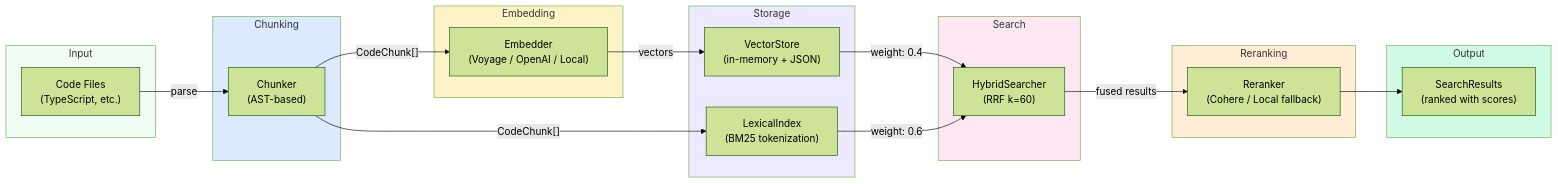
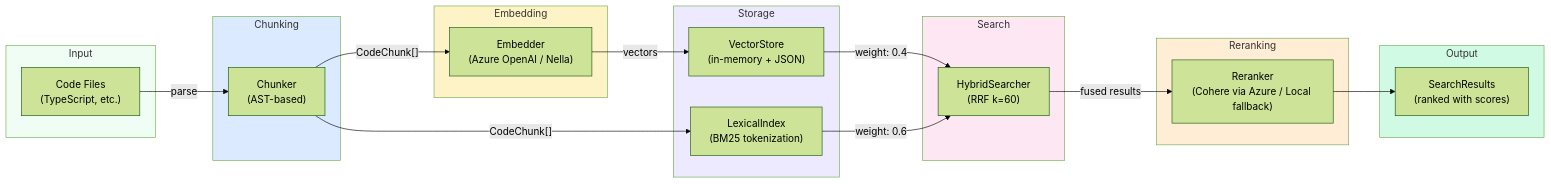
One commit to nella-labs/nella changed the first of 2 diagrams in docs/architecture/indexing-rag.md. Above: the diagram before and after it, drawn with Mermaid (forest theme). The commit also changed other lines of this file and 4 other files, not shown here.

First line of the commit message:
docs: fix architecture diagrams, types, and module references

````diff
--- a/docs/architecture/indexing-rag.md
+++ b/docs/architecture/indexing-rag.md
@@ -7,48 +7,48 @@
 ```mermaid
 graph LR
     subgraph input["Input"]
         Files["Code Files<br/>(TypeScript, etc.)"]
     end
 
     subgraph chunking["Chunking"]
         Chunker["Chunker<br/>(AST-based)"]
     end
 
     subgraph embedding["Embedding"]
-        Embedder["Embedder<br/>(Voyage / OpenAI / Local)"]
+        Embedder["Embedder<br/>(Azure OpenAI / Nella)"]
     end
 
     subgraph storage["Storage"]
         VectorStore["VectorStore<br/>(in-memory + JSON)"]
         LexicalIndex["LexicalIndex<br/>(BM25 tokenization)"]
     end
 
     subgraph search["Search"]
         HybridSearcher["HybridSearcher<br/>(RRF k=60)"]
     end
 
     subgraph rerank["Reranking"]
-        Reranker["Reranker<br/>(Cohere / Local fallback)"]
+        Reranker["Reranker<br/>(Cohere via Azure / Local fallback)"]
     end
 
     subgraph output["Output"]
         Results["SearchResults<br/>(ranked with scores)"]
     end
 
     Files -->|"parse"| Chunker
     Chunker -->|"CodeChunk[]"| Embedder
     Chunker -->|"CodeChunk[]"| LexicalIndex
     Embedder -->|"vectors"| VectorStore
     VectorStore -->|"weight: 0.4"| HybridSearcher
     LexicalIndex -->|"weight: 0.6"| HybridSearcher
     HybridSearcher -->|"fused results"| Reranker
     Reranker --> Results
 
     style input fill:#f0fdf4
     style chunking fill:#dbeafe
     style embedding fill:#fef3c7
     style storage fill:#ede9fe
     style search fill:#fce7f3
     style rerank fill:#ffedd5
     style output fill:#d1fae5
 ```
````
